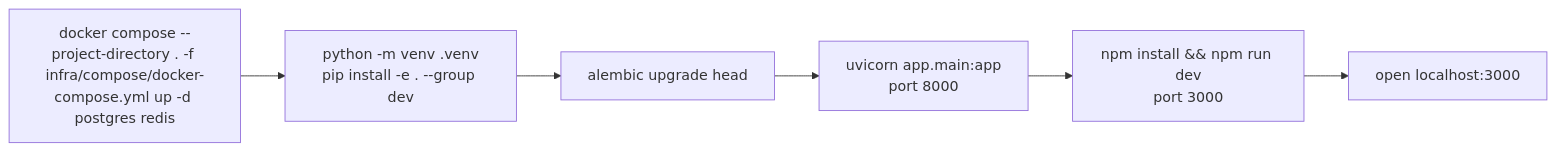
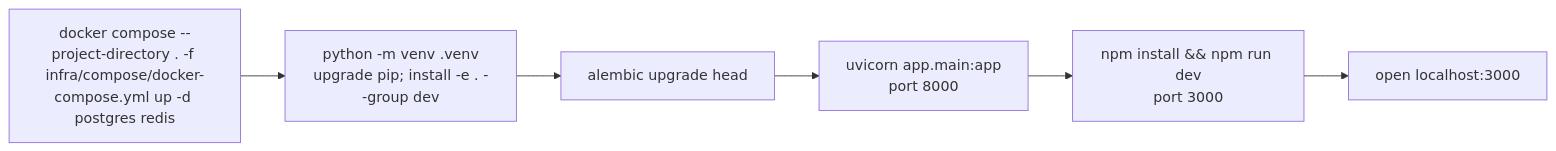
One commit to Abhishekpan731/Jarvis changed the first of 5 diagrams in docs/developer/INSTALLATION.md. Above: the diagram before and after it, drawn with Mermaid. The commit also changed other lines of this file and 20 other files, not shown here.

````diff
--- a/docs/developer/INSTALLATION.md
+++ b/docs/developer/INSTALLATION.md
@@ -21,8 +22,8 @@
 ```mermaid
 flowchart LR
-    a["docker compose --project-directory . -f infra/compose/docker-compose.yml up -d postgres redis"] --> b["python -m venv .venv<br/>pip install -e . --group dev"]
+    a["docker compose --project-directory . -f infra/compose/docker-compose.yml up -d postgres redis"] --> b["python -m venv .venv<br/>upgrade pip; install -e . --group dev"]
     b --> c["alembic upgrade head"]
     c --> d["uvicorn app.main:app<br/>port 8000"]
     d --> e["npm install && npm run dev<br/>port 3000"]
     e --> f["open localhost:3000"]
 ```
````
